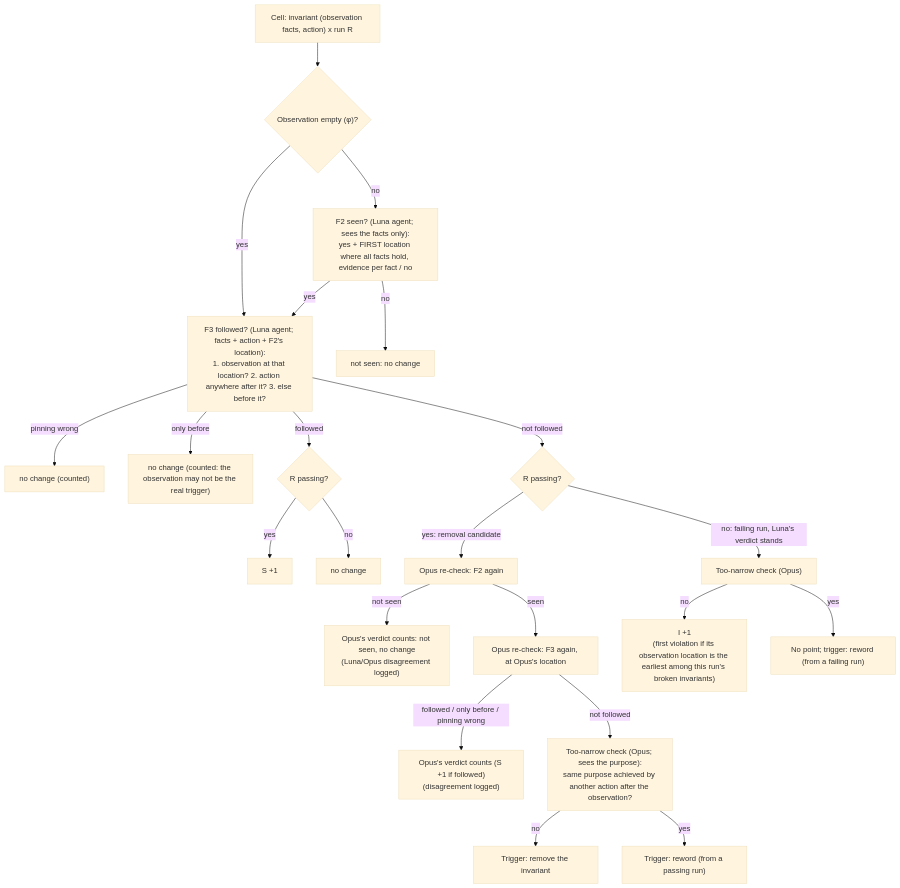
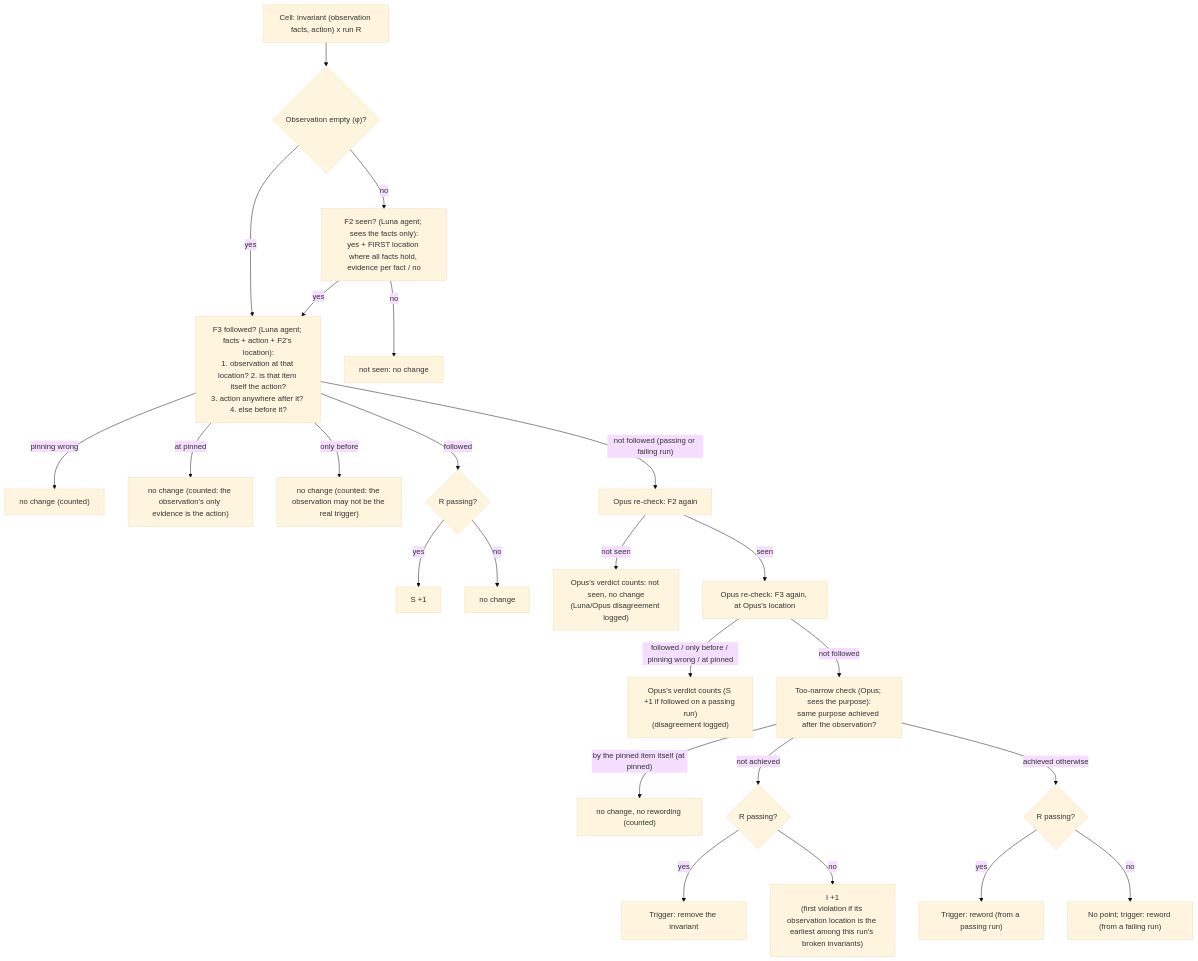
The second of 5 diagrams in docs/2same-invariant-algo/FLOWCHART.md (div652/invariant-miner), drawn with Mermaid (base theme) before and after one commit. The commit also changed other lines of this file and 10 other files, not shown here.

Commit message:
F3 and too-narrow outcome at_pinned (the action / the purpose-achieving action is the pinned item itself; neutral); failing runs' not-followed get the Opus re-check; tests, DESIGN/TECHNICAL/FLOWCHART; QNA turns 97-98

````diff
--- a/docs/2same-invariant-algo/FLOWCHART.md
+++ b/docs/2same-invariant-algo/FLOWCHART.md
@@ -37,24 +40,26 @@
 ```mermaid
 flowchart TD
     START["Cell: invariant (observation facts, action) x run R"] --> PHI{"Observation empty (φ)?"}
     PHI -->|yes| F3
     PHI -->|no| F2["F2 seen? (Luna agent; sees the facts only):<br/>yes + FIRST location where all facts hold, evidence per fact / no"]
     F2 -->|no| NS["not seen: no change"]
-    F2 -->|yes| F3["F3 followed? (Luna agent; facts + action + F2's location):<br/>1. observation at that location? 2. action anywhere after it? 3. else before it?"]
+    F2 -->|yes| F3["F3 followed? (Luna agent; facts + action + F2's location):<br/>1. observation at that location? 2. is that item itself the action?<br/>3. action anywhere after it? 4. else before it?"]
     F3 -->|pinning wrong| PW["no change (counted)"]
+    F3 -->|"at pinned"| AP["no change (counted: the observation's only evidence is the action)"]
     F3 -->|only before| OB["no change (counted: the observation may not be the real trigger)"]
     F3 -->|followed| FOL{"R passing?"}
     FOL -->|yes| SP["S +1"]
     FOL -->|no| NC1["no change"]
-    F3 -->|not followed| LAB{"R passing?"}
-    LAB -->|"yes: removal candidate"| RF2["Opus re-check: F2 again"]
+    F3 -->|"not followed (passing or failing run)"| RF2["Opus re-check: F2 again"]
     RF2 -->|not seen| D1["Opus's verdict counts: not seen, no change<br/>(Luna/Opus disagreement logged)"]
     RF2 -->|seen| RF3["Opus re-check: F3 again, at Opus's location"]
-    RF3 -->|"followed / only before / pinning wrong"| D2["Opus's verdict counts (S +1 if followed)<br/>(disagreement logged)"]
-    RF3 -->|not followed| TNP["Too-narrow check (Opus; sees the purpose):<br/>same purpose achieved by another action after the observation?"]
-    TNP -->|no| REM["Trigger: remove the invariant"]
-    TNP -->|yes| RWP["Trigger: reword (from a passing run)"]
-    LAB -->|"no: failing run, Luna's verdict stands"| TNF["Too-narrow check (Opus)"]
-    TNF -->|no| IMP["I +1<br/>(first violation if its observation location is the earliest among this run's broken invariants)"]
-    TNF -->|yes| RWF["No point; trigger: reword (from a failing run)"]
+    RF3 -->|"followed / only before / pinning wrong / at pinned"| D2["Opus's verdict counts (S +1 if followed on a passing run)<br/>(disagreement logged)"]
+    RF3 -->|not followed| TN["Too-narrow check (Opus; sees the purpose):<br/>same purpose achieved after the observation?"]
+    TN -->|"by the pinned item itself (at pinned)"| AP2["no change, no rewording (counted)"]
+    TN -->|not achieved| LAB{"R passing?"}
+    LAB -->|yes| REM["Trigger: remove the invariant"]
+    LAB -->|no| IMP["I +1<br/>(first violation if its observation location is the earliest among this run's broken invariants)"]
+    TN -->|"achieved otherwise"| RW{"R passing?"}
+    RW -->|yes| RWP["Trigger: reword (from a passing run)"]
+    RW -->|no| RWF["No point; trigger: reword (from a failing run)"]
 ```
````
